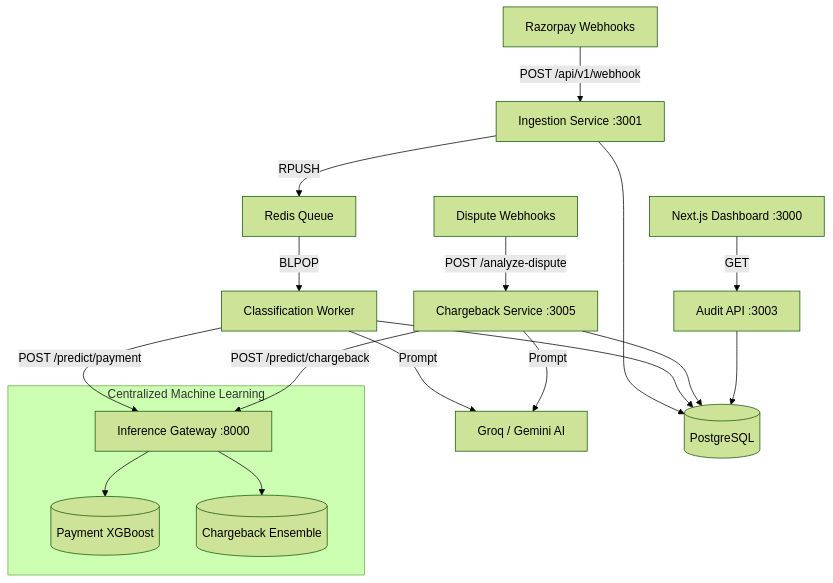
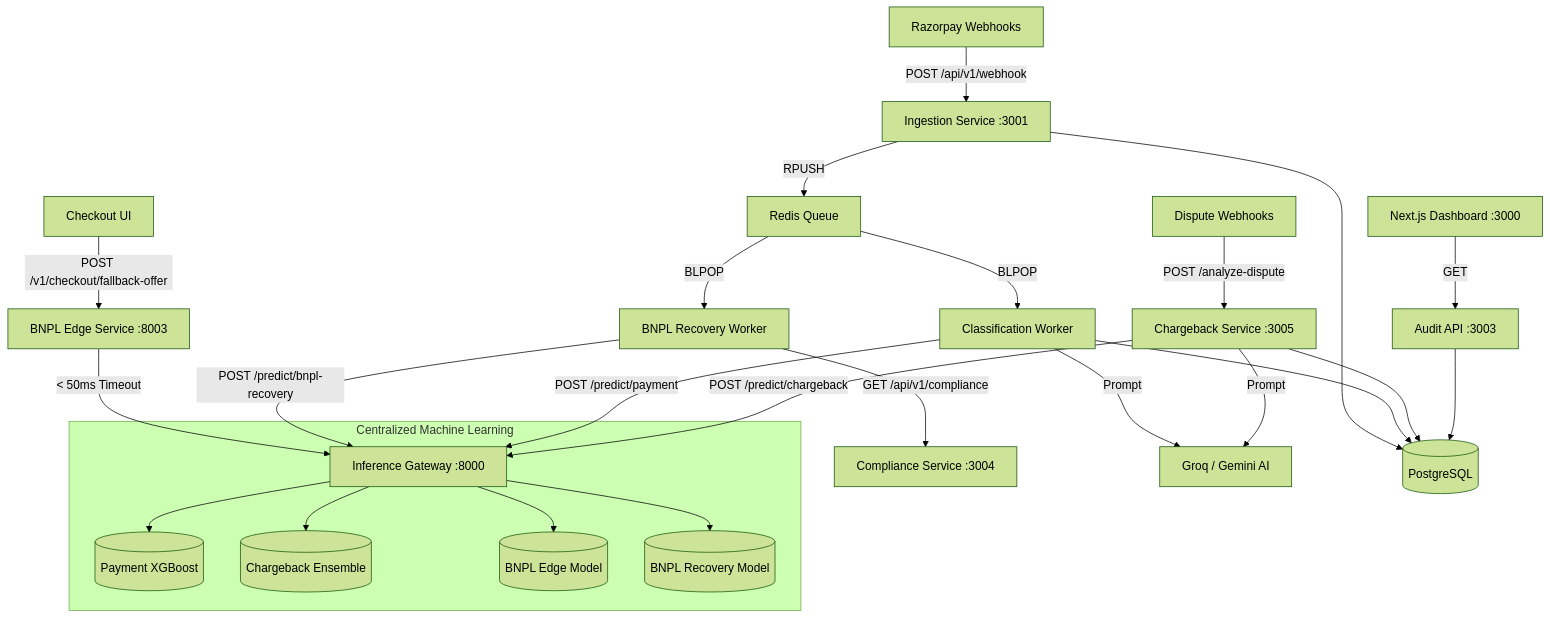
One commit to Dustu103/Razorpay changed the diagram in docs/architecture/hld.md. Above: the diagram before and after it, drawn with Mermaid (forest theme). The commit also changed other lines of this file and 30 other files, not shown here.

````diff
--- a/docs/architecture/hld.md
+++ b/docs/architecture/hld.md
@@ -23,34 +24,43 @@
 ```mermaid
 graph TD
     %% Ingestion & Classification (Pillar B)
     RZ[Razorpay Webhooks] -->|POST /api/v1/webhook| IS[Ingestion Service :3001]
     IS -->|RPUSH| RQ[Redis Queue]
     RQ -->|BLPOP| CS[Classification Worker]
     
     %% Chargebacks (Pillar A)
     CB[Dispute Webhooks] -->|POST /analyze-dispute| CBS[Chargeback Service :3005]
 
     %% The Centralized ML Brain
     subgraph Centralized Machine Learning
         IG[Inference Gateway :8000]
         IG --> M1[(Payment XGBoost)]
         IG --> M2[(Chargeback Ensemble)]
+        IG --> M3[(BNPL Edge Model)]
+        IG --> M4[(BNPL Recovery Model)]
     end
+    
+    %% BNPL Dual Engine Pipeline (Pillar C)
+    CH[Checkout UI] -->|POST /v1/checkout/fallback-offer| BE[BNPL Edge Service :8003]
+    BE -->|< 50ms Timeout| IG
+    RQ -->|BLPOP| BW[BNPL Recovery Worker]
+    BW -->|POST /predict/bnpl-recovery| IG
+    BW -->|GET /api/v1/compliance| CPL[Compliance Service :3004]
     
     %% Routing to Inference Gateway
     CS -->|POST /predict/payment| IG
     CBS -->|POST /predict/chargeback| IG
 
     %% LLM Routing
     CS -->|Prompt| LLM[Groq / Gemini AI]
     CBS -->|Prompt| LLM
     
     %% Storage
     IS --> PG[(PostgreSQL)]
     CS --> PG
     CBS --> PG
     
     %% Frontend
     FE[Next.js Dashboard :3000] -->|GET| AS[Audit API :3003]
     AS --> PG
 ```
````
